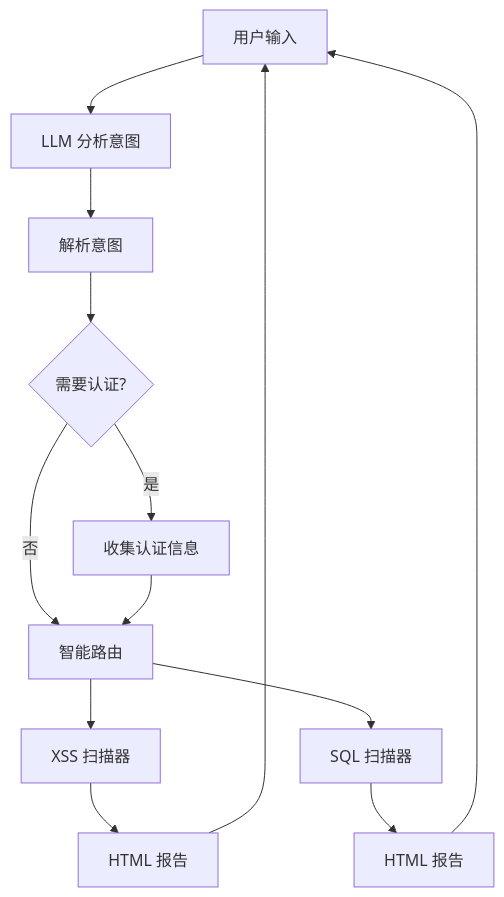
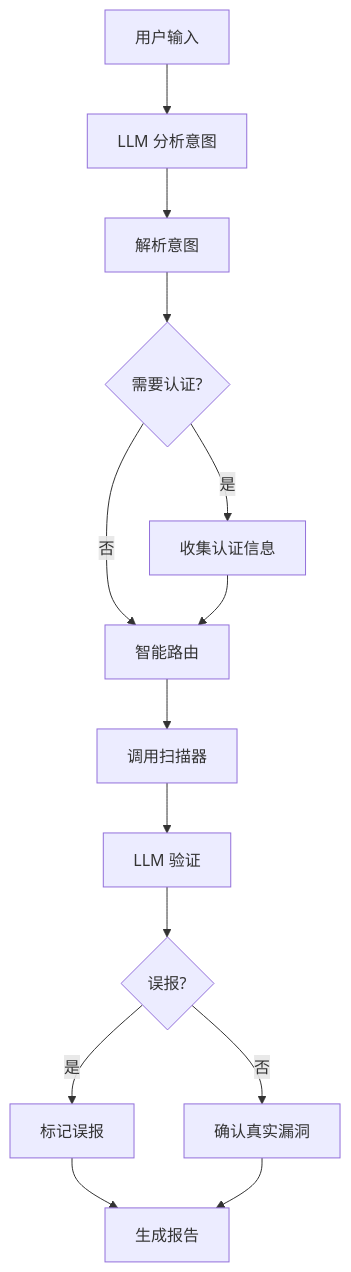
The diagram in unified_agent/README.md (0xdfggzsl/pt_agent), drawn with Mermaid before and after one commit. The commit also changed other lines of this file, not shown here.

````diff
--- a/unified_agent/README.md
+++ b/unified_agent/README.md
@@ -143,15 +101,16 @@
 ```mermaid
 graph TD
     User[用户输入] --> LLM[LLM 分析意图]
     LLM --> Intent[解析意图]
     Intent --> Check{需要认证?}
     Check -->|是| Auth[收集认证信息]
     Check -->|否| Router[智能路由]
     Auth --> Router
-    Router --> XSS[XSS 扫描器]
-    Router --> SQL[SQL 扫描器]
-    XSS --> Report1[HTML 报告]
-    SQL --> Report2[HTML 报告]
-    Report1 --> User
-    Report2 --> User
+    Router --> Scanners[调用扫描器]
+    Scanners --> Verify[LLM 验证]
+    Verify --> FP{误报?}
+    FP -->|是| Mark[标记误报]
+    FP -->|否| Real[确认真实漏洞]
+    Mark --> Report[生成报告]
+    Real --> Report
 ```
````
